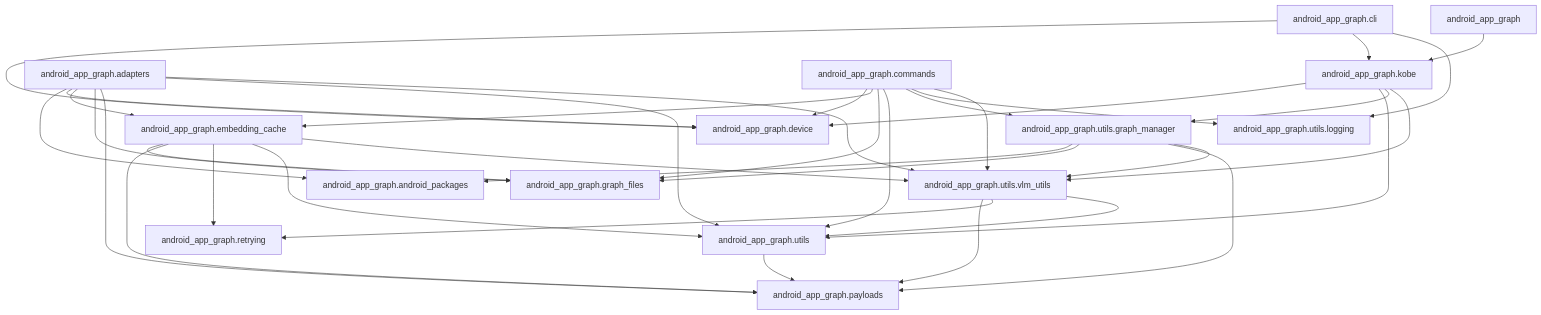
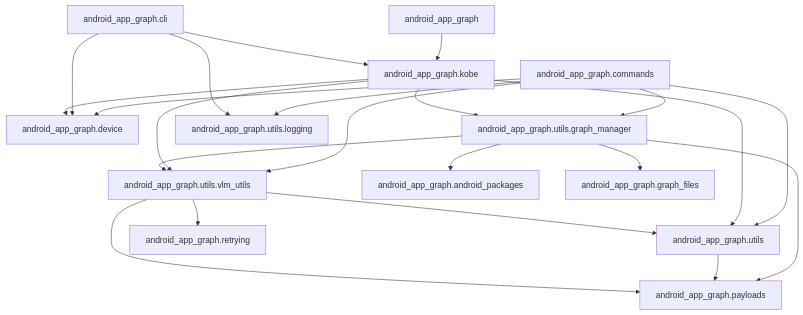
The diagram in README.md (john-agi/Android-App-Graph), drawn with Mermaid before and after one commit. The commit also changed other lines of this file and 33 other files, not shown here.

First line of the commit message:
Remove the AITK runtime, the Android World adapter and app-graph-embed (#166)

````diff
--- a/README.md
+++ b/README.md
@@ -67,38 +49,24 @@
 ```mermaid
 graph TD;
     pkg["android_app_graph"] --> kobe["android_app_graph.kobe"];
-    adapters["android_app_graph.adapters"] --> pkgs["android_app_graph.android_packages"];
-    adapters --> dev["android_app_graph.device"];
-    adapters --> ec["android_app_graph.embedding_cache"];
-    adapters --> gf["android_app_graph.graph_files"];
-    adapters --> pay["android_app_graph.payloads"];
-    adapters --> utils["android_app_graph.utils"];
-    adapters --> vlm["android_app_graph.utils.vlm_utils"];
-    cmd["android_app_graph.commands"] --> dev;
-    cmd --> ec;
-    cmd --> gf;
-    cmd --> utils;
+    cmd["android_app_graph.commands"] --> dev["android_app_graph.device"];
+    cmd --> utils["android_app_graph.utils"];
     cmd --> gm["android_app_graph.utils.graph_manager"];
     cmd --> logging["android_app_graph.utils.logging"];
-    cmd --> vlm;
+    cmd --> vlm["android_app_graph.utils.vlm_utils"];
     cli["android_app_graph.cli"] --> dev;
     cli --> kobe;
     cli --> logging;
-    ec --> gf;
-    ec --> pay;
-    ec --> retry["android_app_graph.retrying"];
-    ec --> utils;
-    ec --> vlm;
     kobe --> dev;
     kobe --> utils;
     kobe --> gm;
     kobe --> vlm;
-    gm --> pkgs;
-    gm --> gf;
-    gm --> pay;
+    gm --> pkgs["android_app_graph.android_packages"];
+    gm --> gf["android_app_graph.graph_files"];
+    gm --> pay["android_app_graph.payloads"];
     gm --> vlm;
     utils --> pay;
     vlm --> pay;
-    vlm --> retry;
+    vlm --> retry["android_app_graph.retrying"];
     vlm --> utils;
 ```
````
